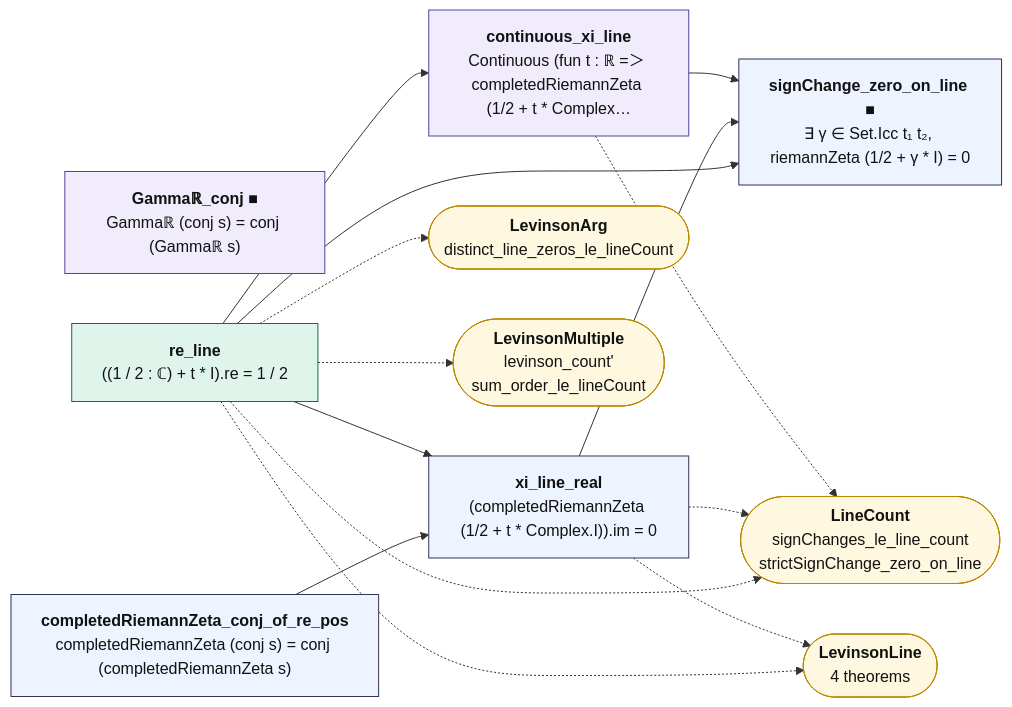
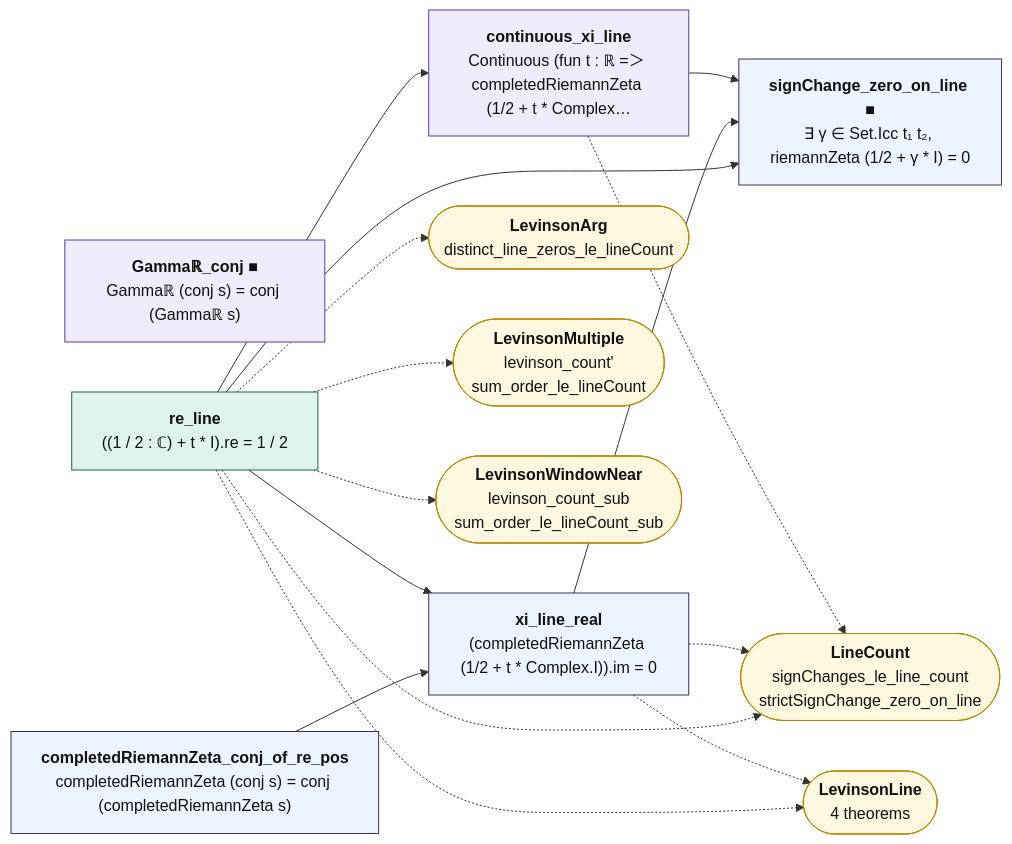
The diagram in map/lean_stage3/HardyZ.md (juliansambranojr/Primebeat_081426), drawn with Mermaid before and after one commit. The commit also changed other lines of this file and 40 other files, not shown here.

````diff
--- a/map/lean_stage3/HardyZ.md
+++ b/map/lean_stage3/HardyZ.md
@@ -14,34 +14,36 @@
 ```mermaid
 flowchart LR
   n0["<b>Gammaℝ_conj ■</b><br/>Gammaℝ (conj s) = conj (Gammaℝ s)"]:::shp
   n1["<b>completedRiemannZeta_conj_of_re_pos</b><br/>completedRiemannZeta (conj s) = conj (completedRiemannZeta s)"]:::thm
   n2["<b>re_line</b><br/>((1 / 2 : ℂ) + t * I).re = 1 / 2"]:::cnt
   n3["<b>xi_line_real</b><br/>(completedRiemannZeta (1/2 + t * Complex.I)).im = 0"]:::thm
   n4["<b>continuous_xi_line</b><br/>Continuous (fun t : ℝ =＞ completedRiemannZeta (1/2 + t * Complex…"]:::shp
   n5["<b>signChange_zero_on_line ■</b><br/>∃ γ ∈ Set.Icc t₁ t₂, riemannZeta (1/2 + γ * I) = 0"]:::thm
   x0(["<b>LevinsonArg</b><br/>distinct_line_zeros_le_lineCount"]):::ext
   x1(["<b>LevinsonLine</b><br/>4 theorems"]):::ext
   x2(["<b>LevinsonMultiple</b><br/>levinson_count'<br/>sum_order_le_lineCount"]):::ext
-  x3(["<b>LineCount</b><br/>signChanges_le_line_count<br/>strictSignChange_zero_on_line"]):::ext
+  x3(["<b>LevinsonWindowNear</b><br/>levinson_count_sub<br/>sum_order_le_lineCount_sub"]):::ext
+  x4(["<b>LineCount</b><br/>signChanges_le_line_count<br/>strictSignChange_zero_on_line"]):::ext
   n1 --> n3
   n2 --> n3
   n2 --> n4
   n2 --> n5
   n3 --> n5
   n4 --> n5
   n2 -.-> x0
   n2 -.-> x1
   n2 -.-> x2
   n2 -.-> x3
+  n2 -.-> x4
   n3 -.-> x1
-  n3 -.-> x3
-  n4 -.-> x3
+  n3 -.-> x4
+  n4 -.-> x4
   classDef cnt fill:#dff5ec,stroke:#17694a,color:#111
   classDef shp fill:#f1ecfb,stroke:#5b3fa0,color:#111
   classDef rh fill:#ffe5e5,stroke:#c22,color:#111,stroke-width:2px
   classDef thm fill:#eef4ff,stroke:#335,color:#111
   classDef end_ fill:#e7f7e7,stroke:#2a7,color:#111,stroke-width:2px
   classDef lone fill:#fff,stroke:#999,color:#111,stroke-dasharray:4 3
   classDef bad fill:#ffe5e5,stroke:#c22,color:#111,stroke-width:2px
   classDef ext fill:#fff8e1,stroke:#b80,color:#111
 ```
````
